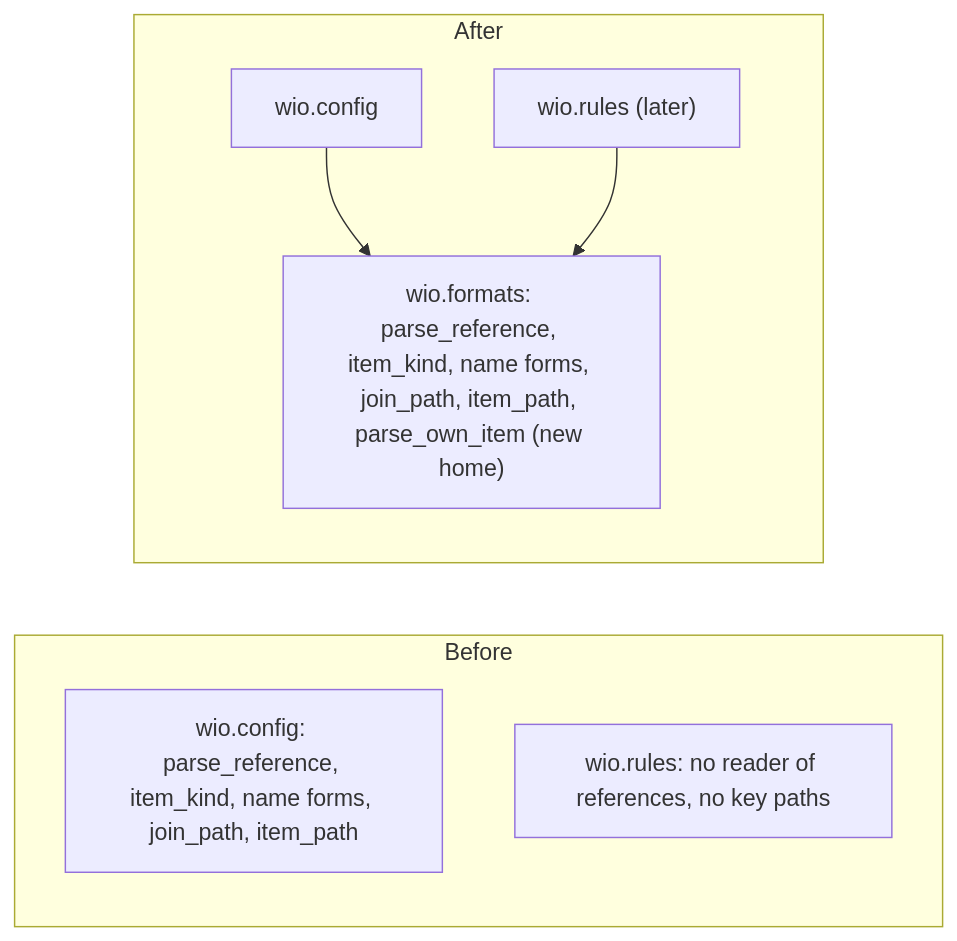
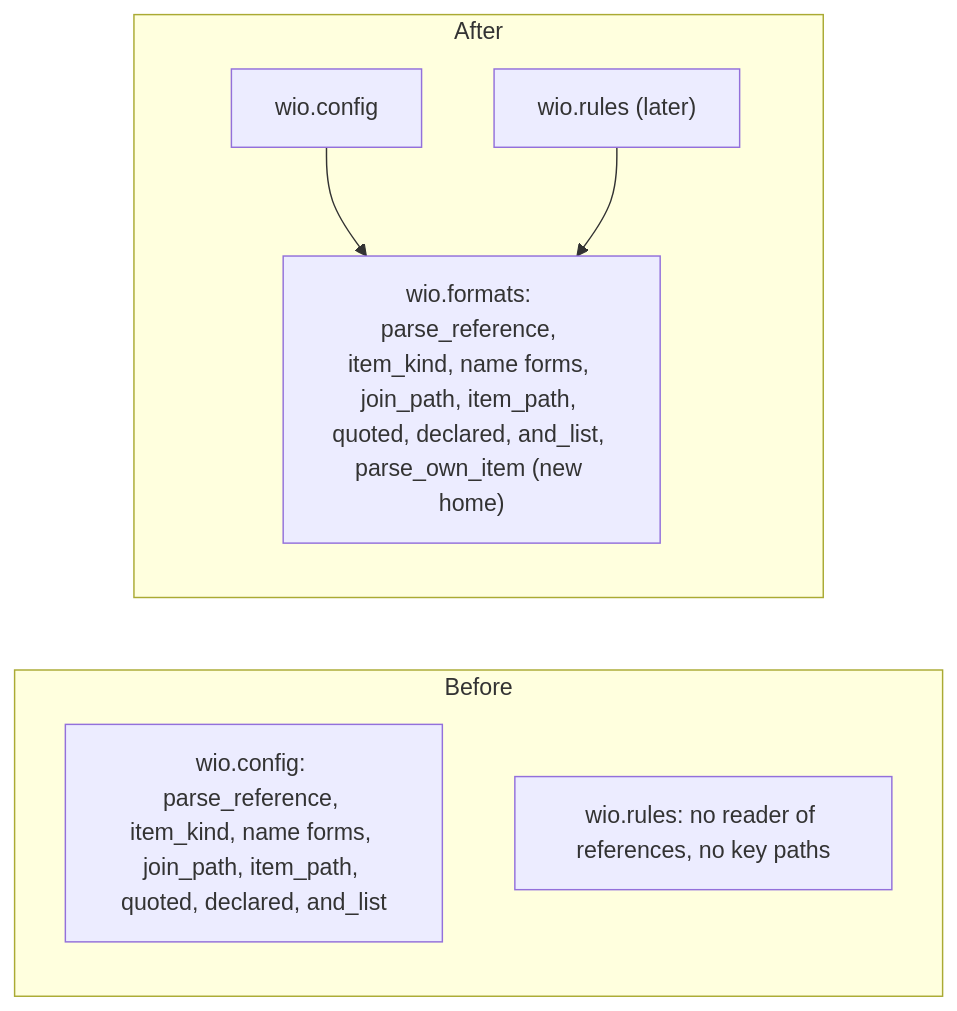
One commit to msitarz/wio changed the diagram in .agents/wio/works/wio-rules/shared-grammar/README.md. Above: the diagram before and after it, drawn with Mermaid. The commit also changed other lines of this file and 5 other files, not shown here.

````diff
--- a/.agents/wio/works/wio-rules/shared-grammar/README.md
+++ b/.agents/wio/works/wio-rules/shared-grammar/README.md
@@ -91,14 +97,14 @@
 ```mermaid
 flowchart LR
     subgraph before["Before"]
-        cfgb["wio.config: parse_reference, item_kind, name forms, join_path, item_path"]
+        cfgb["wio.config: parse_reference, item_kind, name forms, join_path, item_path, quoted, declared, and_list"]
         rulesb["wio.rules: no reader of references, no key paths"]
     end
     subgraph after["After"]
-        fmt["wio.formats: parse_reference, item_kind, name forms, join_path, item_path, parse_own_item (new home)"]
+        fmt["wio.formats: parse_reference, item_kind, name forms, join_path, item_path, quoted, declared, and_list, parse_own_item (new home)"]
         cfga["wio.config"]
         rulesa["wio.rules (later)"]
         cfga --> fmt
         rulesa --> fmt
     end
 ```
````
